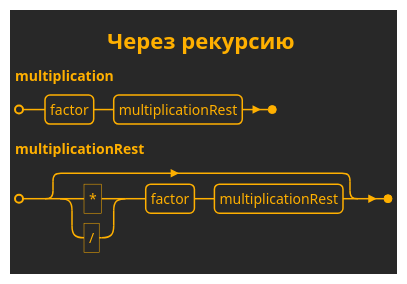
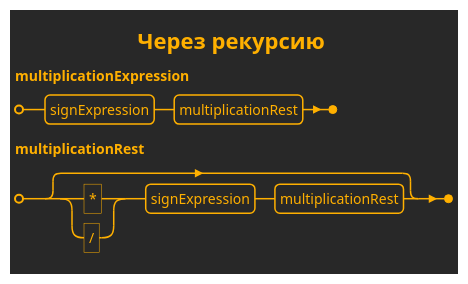
The ninth of 13 diagrams in Domain/MURQ.Domain/URQL/docs/URQL Lines Syntax.md (realsonic/MURQ), drawn with PlantUML before and after one commit. The commit also changed other lines of this file and 9 other files, not shown here.

````diff
--- a/Domain/MURQ.Domain/URQL/docs/URQL Lines Syntax.md
+++ b/Domain/MURQ.Domain/URQL/docs/URQL Lines Syntax.md
@@ -191,10 +192,8 @@
 ```plantuml
-@startebnf Адаптация multiplication через рекурсию
+@startebnf Адаптация multiplicationExpression через рекурсию
 !theme crt-amber
-
 title Через рекурсию
-
-multiplication = factor, multiplicationRest;
-multiplicationRest = [('*' | '/'), factor, multiplicationRest];
+multiplicationExpression = signExpression, multiplicationRest;
+multiplicationRest = [ ( '*' | '/' ), signExpression, multiplicationRest ];
 @endebnf
 ```
````
